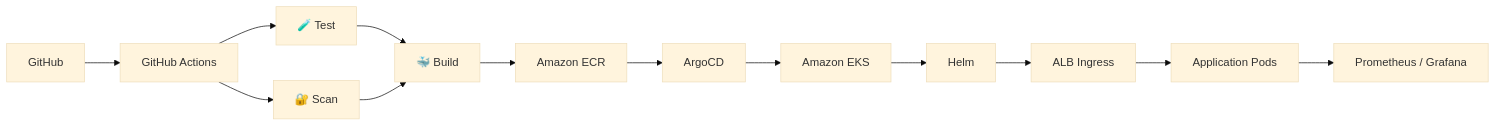
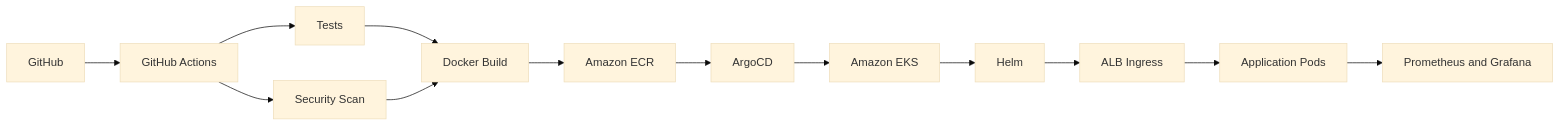
Before and after one commit to harshithrosun2705-star/harshithrosun2705-star: the third of 7 diagrams in README.md, drawn with Mermaid (base theme). The commit also changed other lines of this file, not shown here.

````diff
--- a/README.md
+++ b/README.md
@@ -622,34 +467,15 @@
 ```mermaid
 flowchart LR
-
-    G["GitHub"]
-    A["GitHub Actions"]
-
-    TEST["🧪 Test"]
-    SEC["🔐 Scan"]
-    BUILD["🐳 Build"]
-
-    ECR["Amazon ECR"]
-    ARGO["ArgoCD"]
-    EKS["Amazon EKS"]
-    HELM["Helm"]
-    ALB["ALB Ingress"]
-    POD["Application Pods"]
-    MON["Prometheus / Grafana"]
-
-    G --> A
-
-    A --> TEST
-    A --> SEC
-
-    TEST --> BUILD
-    SEC --> BUILD
-
-    BUILD --> ECR
-    ECR --> ARGO
-    ARGO --> EKS
-    EKS --> HELM
-    HELM --> ALB
-    ALB --> POD
-    POD --> MON
+    A["GitHub"] --> B["GitHub Actions"]
+    B --> C["Tests"]
+    B --> D["Security Scan"]
+    C --> E["Docker Build"]
+    D --> E
+    E --> F["Amazon ECR"]
+    F --> G["ArgoCD"]
+    G --> H["Amazon EKS"]
+    H --> I["Helm"]
+    I --> J["ALB Ingress"]
+    J --> K["Application Pods"]
+    K --> L["Prometheus and Grafana"]
 ```
````
